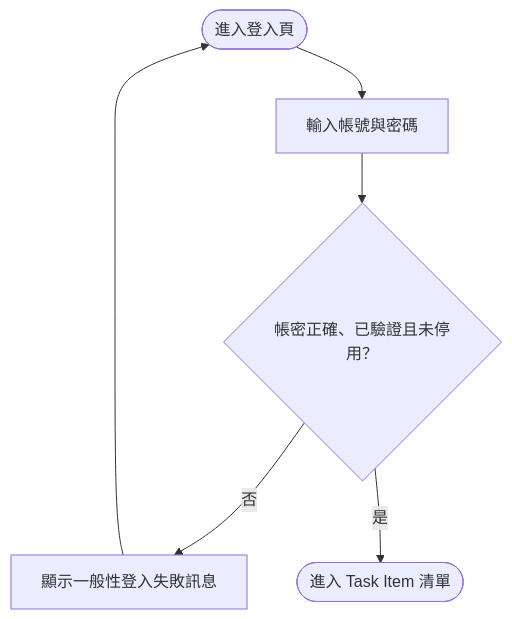
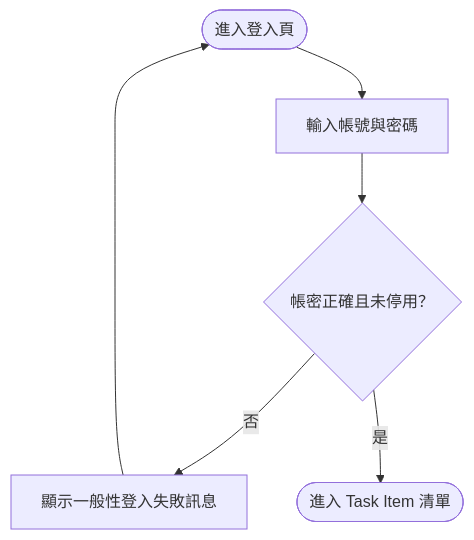
The second of 2 diagrams in Flowchart/註冊、Email 驗證與登入.md (JJDing-Louis/ProjectManagementWeb_Spec), drawn with Mermaid before and after one commit. The commit also changed other lines of this file and 11 other files, not shown here.

````diff
--- a/Flowchart/註冊、Email 驗證與登入.md
+++ b/Flowchart/註冊、Email 驗證與登入.md
@@ -26,8 +26,8 @@
 ```mermaid
 flowchart TB
     loginStart([進入登入頁]) --> enterCredentials[輸入帳號與密碼]
-    enterCredentials --> loginAllowed{帳密正確、已驗證且未停用？}
+    enterCredentials --> loginAllowed{帳密正確且未停用？}
     loginAllowed -->|否| showLoginError[顯示一般性登入失敗訊息]
     showLoginError --> loginStart
     loginAllowed -->|是| taskList([進入 Task Item 清單])
 ```
````
